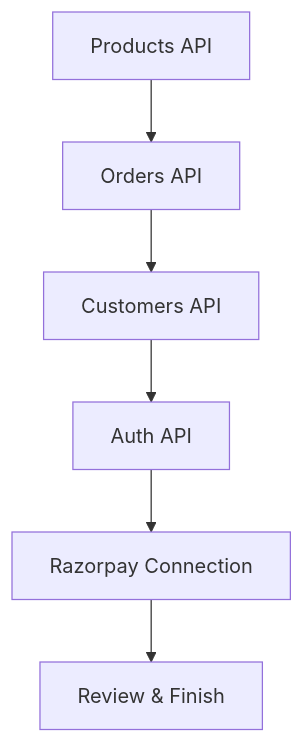
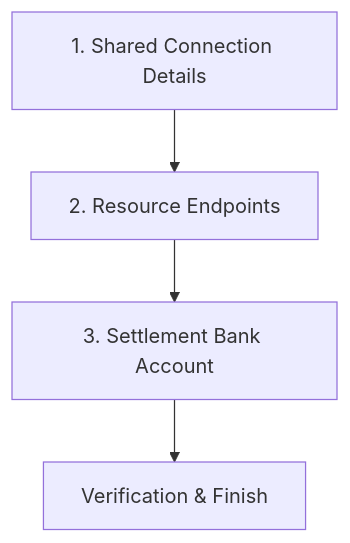
One commit to theajthakur/razorpay_buildathon changed the diagram in frontend_main/docs/onboarding-flow.md. Above: the diagram before and after it, drawn with Mermaid. The commit also changed other lines of this file and 2 other files, not shown here.

Commit message:
feat: full merchant flow to onboard

````diff
--- a/frontend_main/docs/onboarding-flow.md
+++ b/frontend_main/docs/onboarding-flow.md
@@ -9,8 +9,6 @@
 ```mermaid
 graph TD
-  Step1[Products API] --> Step2[Orders API]
-  Step2 --> Step3[Customers API]
-  Step3 --> Step4[Auth API]
-  Step4 --> Step5[Razorpay Connection]
-  Step5 --> Step6[Review & Finish]
+  A[1. Shared Connection Details] --> B[2. Resource Endpoints]
+  B --> C[3. Settlement Bank Account]
+  C --> D[Verification & Finish]
 ```
````
